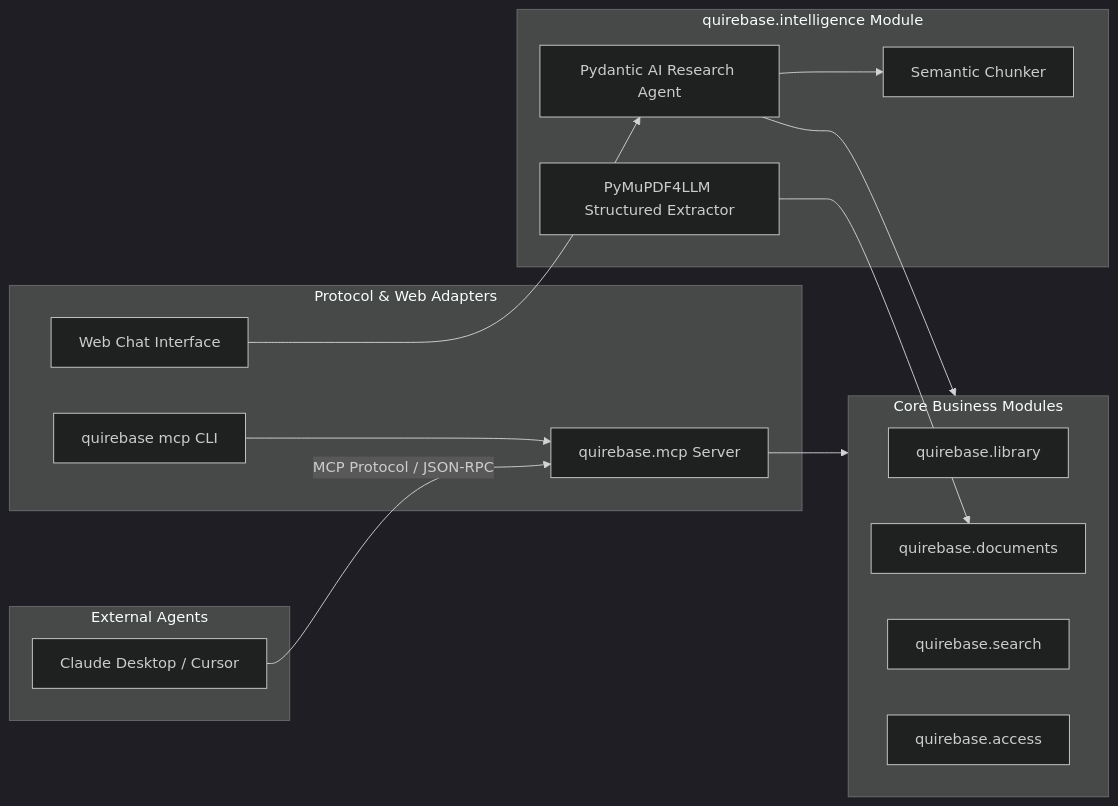
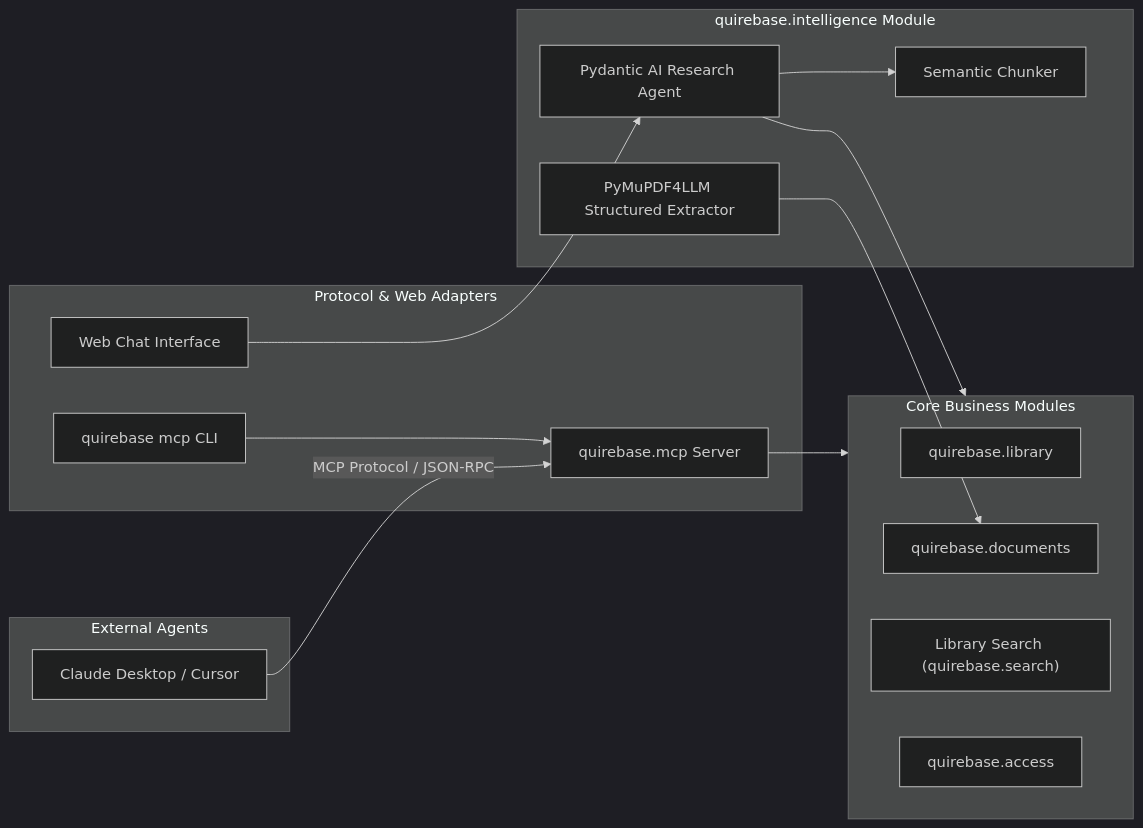
The diagram in docs/adr/0004-research-intelligence-mcp-and-agent.md (Jadeiin/quirebase), drawn with Mermaid (dark theme) before and after one commit. The commit also changed 16 other files, not shown here.

````diff
--- a/docs/adr/0004-research-intelligence-mcp-and-agent.md
+++ b/docs/adr/0004-research-intelligence-mcp-and-agent.md
@@ -34,34 +34,34 @@
 ```mermaid
 graph LR
   subgraph ExternalEcosystem[External Agents]
     Claude[Claude Desktop / Cursor]
   end
 
   subgraph Adapters[Protocol & Web Adapters]
     MCP[quirebase.mcp Server]
     CLI[quirebase mcp CLI]
     Web[Web Chat Interface]
   end
 
   subgraph IntelligenceCapability[quirebase.intelligence Module]
     Agent[Pydantic AI Research Agent]
     Extractor[PyMuPDF4LLM Structured Extractor]
     Chunker[Semantic Chunker]
   end
 
   subgraph CoreCapabilities[Core Business Modules]
     Library[quirebase.library]
     Documents[quirebase.documents]
-    Search[quirebase.search]
+    LibrarySearch["Library Search (quirebase.search)"]
     Access[quirebase.access]
   end
 
   Claude -->|MCP Protocol / JSON-RPC| MCP
   CLI --> MCP
   Web --> Agent
 
   MCP --> CoreCapabilities
   Agent --> CoreCapabilities
   Agent --> Chunker
   Extractor --> Documents
 ```
````
